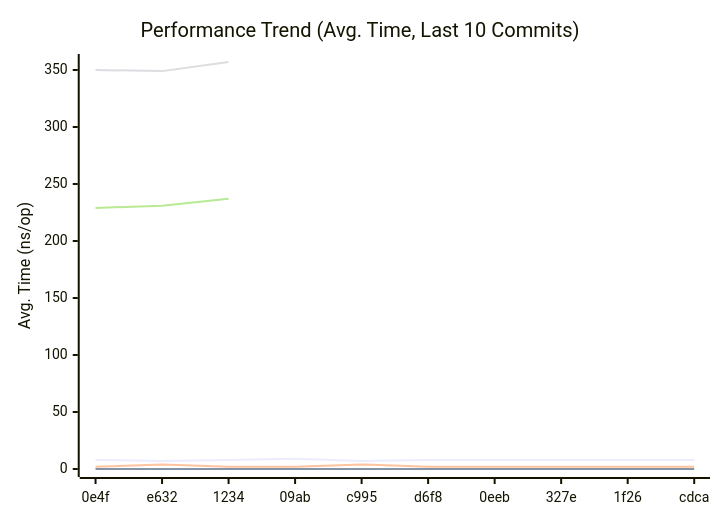
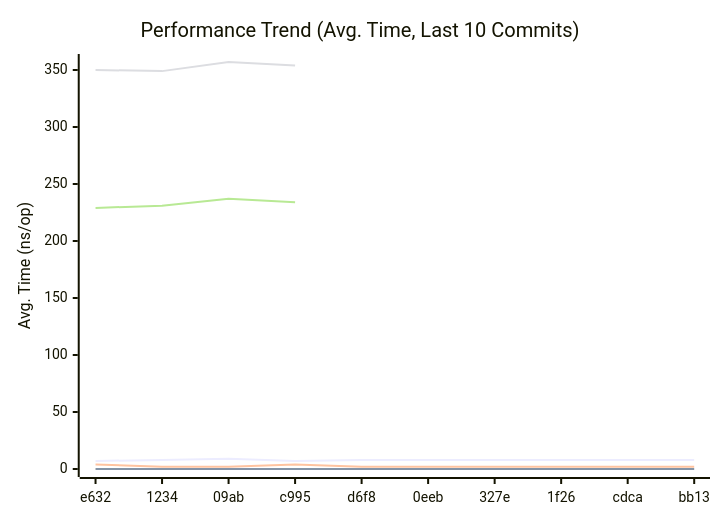
One commit to alsotoes/momo changed the first of 3 diagrams in doc/README.md. Above: the diagram before and after it, drawn with Mermaid. The commit also changed other lines of this file and 1 other file, not shown here.

````diff
--- a/doc/README.md
+++ b/doc/README.md
@@ -296,12 +296,12 @@
 ```mermaid
 xychart-beta
     title "Performance Trend (Avg. Time, Last 10 Commits)"
     x-axis "Commit"
     y-axis "Avg. Time (ns/op)"
-    x-axis [0e4f,e632,1234,09ab,c995,d6f8,0eeb,327e,1f26,cdca]
-    line "CheckMetricsAndSwap" [8,7,8,9,7,8,8,8,8,8]
+    x-axis [e632,1234,09ab,c995,d6f8,0eeb,327e,1f26,cdca,bb13]
+    line "CheckMetricsAndSwap" [7,8,9,7,8,8,8,8,8,8]
     line "IndexDirectTracking" [0,0,0,0,0,0,0,0,0,0]
-    line "IndexSearch" [2,4,2,2,4,2,2,2,2,2]
-    line "ParseReplicationOrder_NoPrealloc" [350,349,357]
-    line "ParseReplicationOrder_Prealloc" [229,231,237]
+    line "IndexSearch" [4,2,2,4,2,2,2,2,2,2]
+    line "ParseReplicationOrder_NoPrealloc" [350,349,357,354]
+    line "ParseReplicationOrder_Prealloc" [229,231,237,234]
 ```
````
